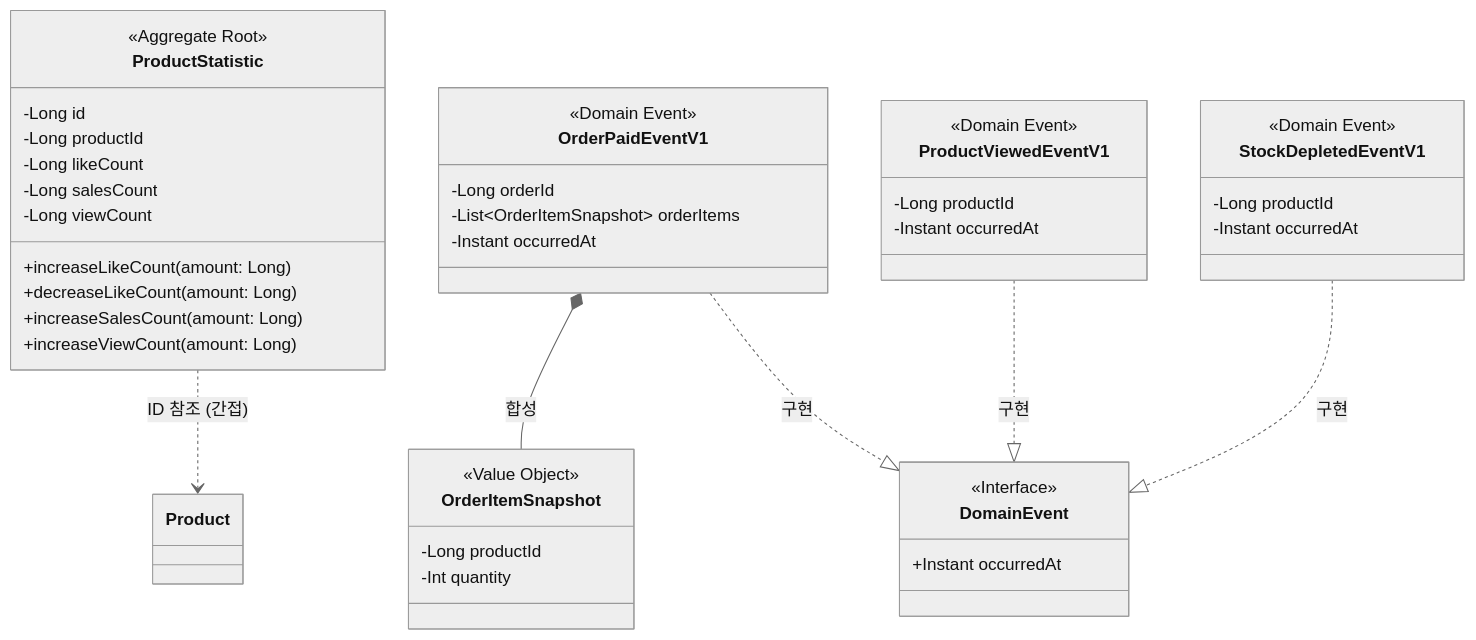
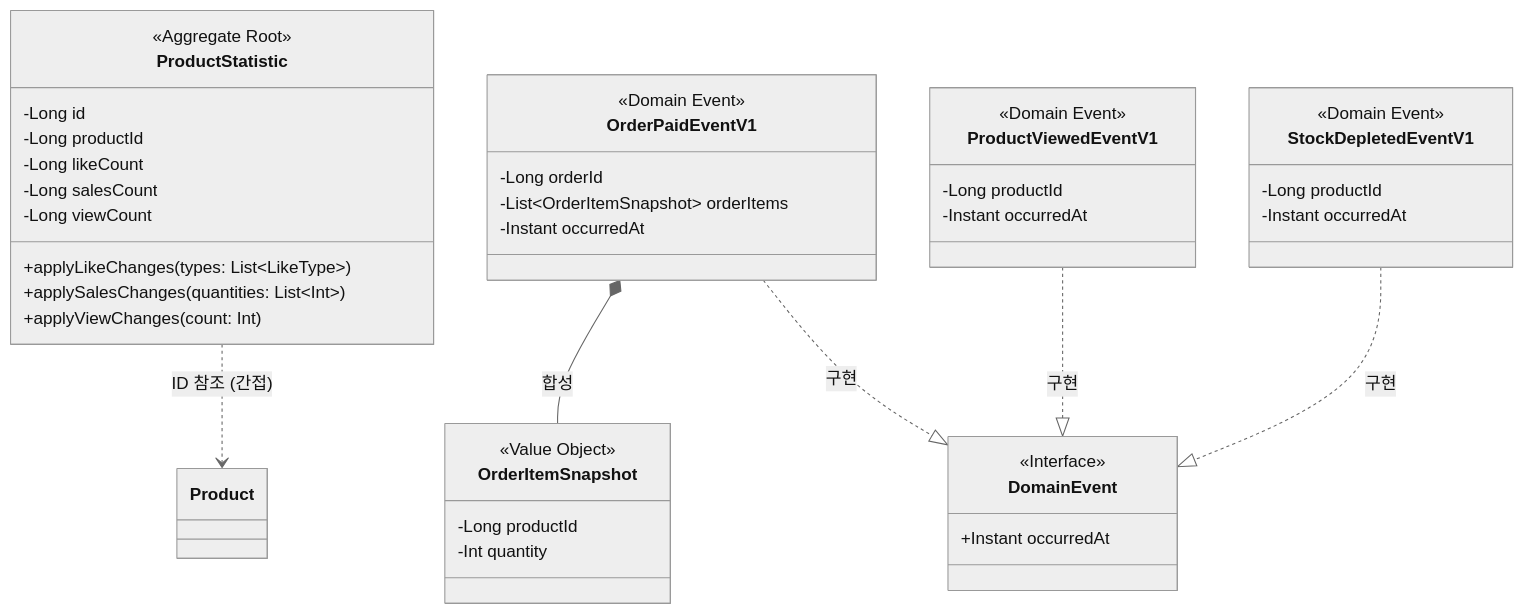
The diagram in docs/week8/round8-domain-modeling.md (Loopers-dev-lab/loopers-spring-kotlin-template), drawn with Mermaid (neutral theme) before and after one commit. The commit also changed other lines of this file and 2 other files, not shown here.

````diff
--- a/docs/week8/round8-domain-modeling.md
+++ b/docs/week8/round8-domain-modeling.md
@@ -7,51 +7,50 @@
 ```mermaid
 classDiagram
     class ProductStatistic {
         <<Aggregate Root>>
         -Long id
         -Long productId
         -Long likeCount
         -Long salesCount
         -Long viewCount
-        +increaseLikeCount(amount: Long)
-        +decreaseLikeCount(amount: Long)
-        +increaseSalesCount(amount: Long)
-        +increaseViewCount(amount: Long)
+        +applyLikeChanges(types: List~LikeType~)
+        +applySalesChanges(quantities: List~Int~)
+        +applyViewChanges(count: Int)
     }
 
     class OrderPaidEventV1 {
         <<Domain Event>>
         -Long orderId
         -List~OrderItemSnapshot~ orderItems
         -Instant occurredAt
     }
 
     class OrderItemSnapshot {
         <<Value Object>>
         -Long productId
         -Int quantity
     }
 
     class ProductViewedEventV1 {
         <<Domain Event>>
         -Long productId
         -Instant occurredAt
     }
 
     class StockDepletedEventV1 {
         <<Domain Event>>
         -Long productId
         -Instant occurredAt
     }
 
     class DomainEvent {
         <<Interface>>
         +Instant occurredAt
     }
 
     ProductStatistic ..> Product : ID 참조 (간접)
     OrderPaidEventV1 *-- OrderItemSnapshot : 합성
     OrderPaidEventV1 ..|> DomainEvent : 구현
     ProductViewedEventV1 ..|> DomainEvent : 구현
     StockDepletedEventV1 ..|> DomainEvent : 구현
 ```
````
